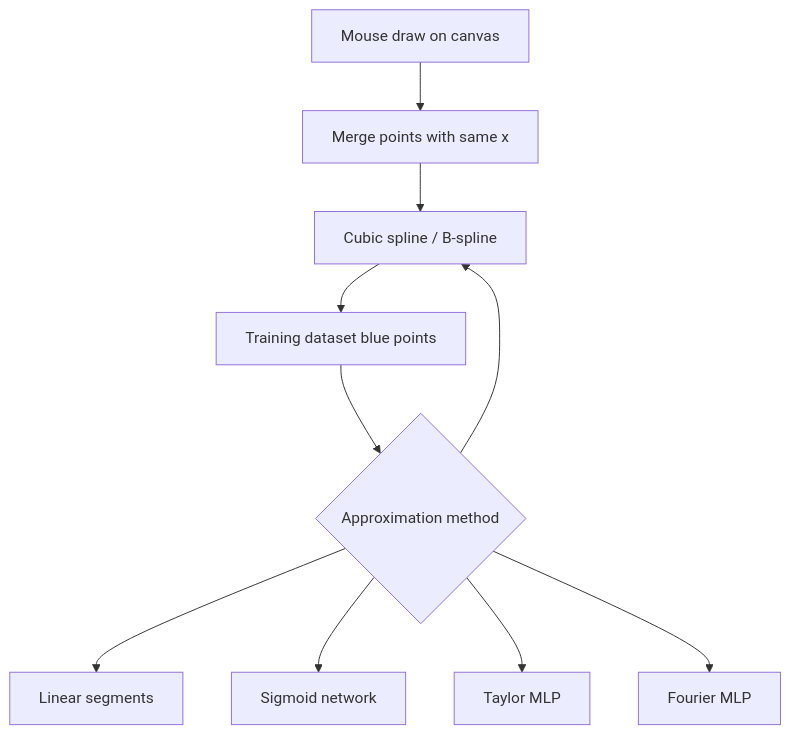
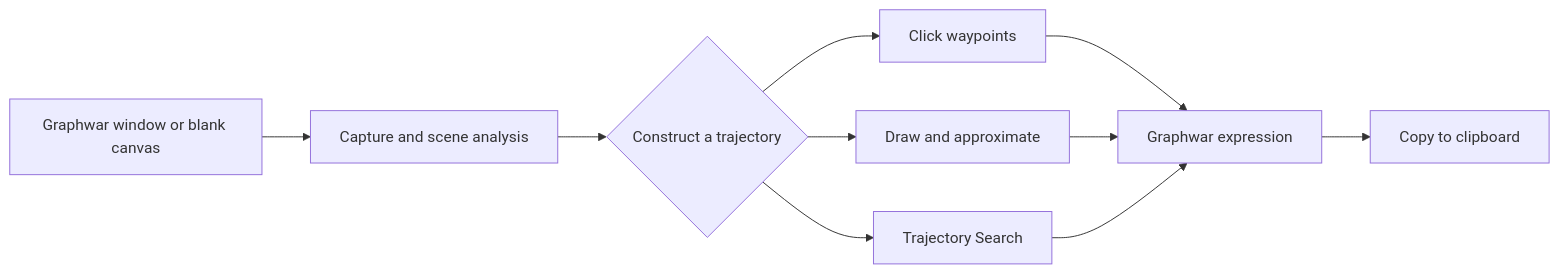
The diagram in README.md (KroSheChKa/GraphBot), drawn with Mermaid before and after one commit. The commit also changed other lines of this file and 10 other files, not shown here.

````diff
--- a/README.md
+++ b/README.md
@@ -283,12 +57,12 @@
 ```mermaid
-flowchart TD
-  A[Mouse draw on canvas] --> B[Merge points with same x]
-  B --> C[Uniform resample with sample step]
-  C --> D[Training dataset blue points]
-  D --> E{Approximation method}
-  E --> L[Linear segments]
-  E --> S[Sigmoid network]
-  E --> T[Taylor MLP]
-  E --> F[Fourier MLP]
-  E --> C[Cubic spline / B-spline]
+flowchart LR
+  A[Graphwar window or blank canvas] --> B[Capture and scene analysis]
+  B --> C{Construct a trajectory}
+  C --> D[Click waypoints]
+  C --> E[Draw and approximate]
+  C --> F[Trajectory Search]
+  D --> G[Graphwar expression]
+  E --> G
+  F --> G
+  G --> H[Copy to clipboard]
 ```
````
